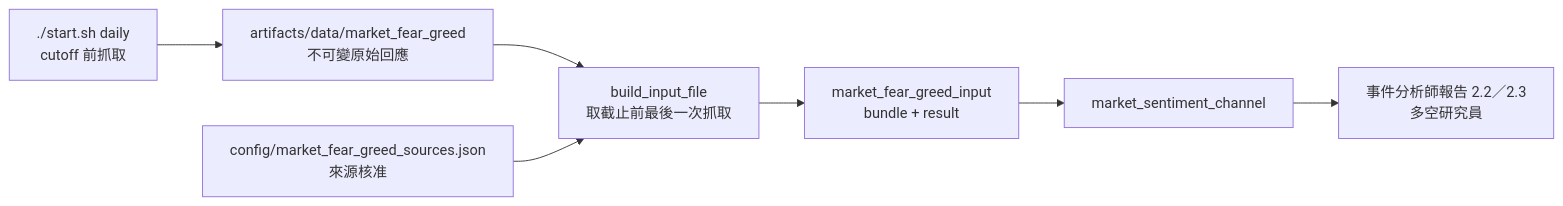
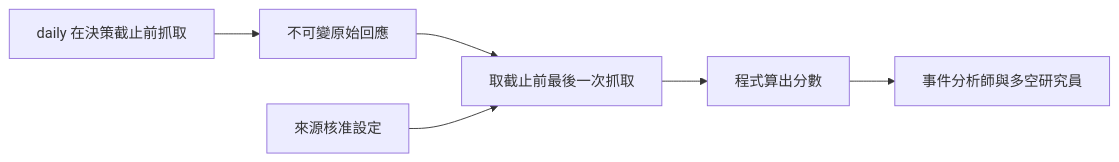
One commit to zxcvb8885123/ETF-AGENTS changed the diagram in docs/market_fear_greed.md. Above: the diagram before and after it, drawn with Mermaid. The commit also changed other lines of this file and 7 other files, not shown here.

````diff
--- a/docs/market_fear_greed.md
+++ b/docs/market_fear_greed.md
@@ -13,9 +14,8 @@
 ```mermaid
 flowchart LR
-  A[./start.sh daily<br/>cutoff 前抓取] --> B[artifacts/data/market_fear_greed<br/>不可變原始回應]
-  B --> C[build_input_file<br/>取截止前最後一次抓取]
-  K[config/market_fear_greed_sources.json<br/>來源核准] --> C
-  C --> D[market_fear_greed_input<br/>bundle + result]
-  D --> E[market_sentiment_channel]
-  E --> F[事件分析師報告 2.2／2.3<br/>多空研究員]
+  A[daily 在決策截止前抓取] --> B[不可變原始回應]
+  B --> C[取截止前最後一次抓取]
+  K[來源核准設定] --> C
+  C --> D[程式算出分數]
+  D --> E[事件分析師與多空研究員]
 ```
````
